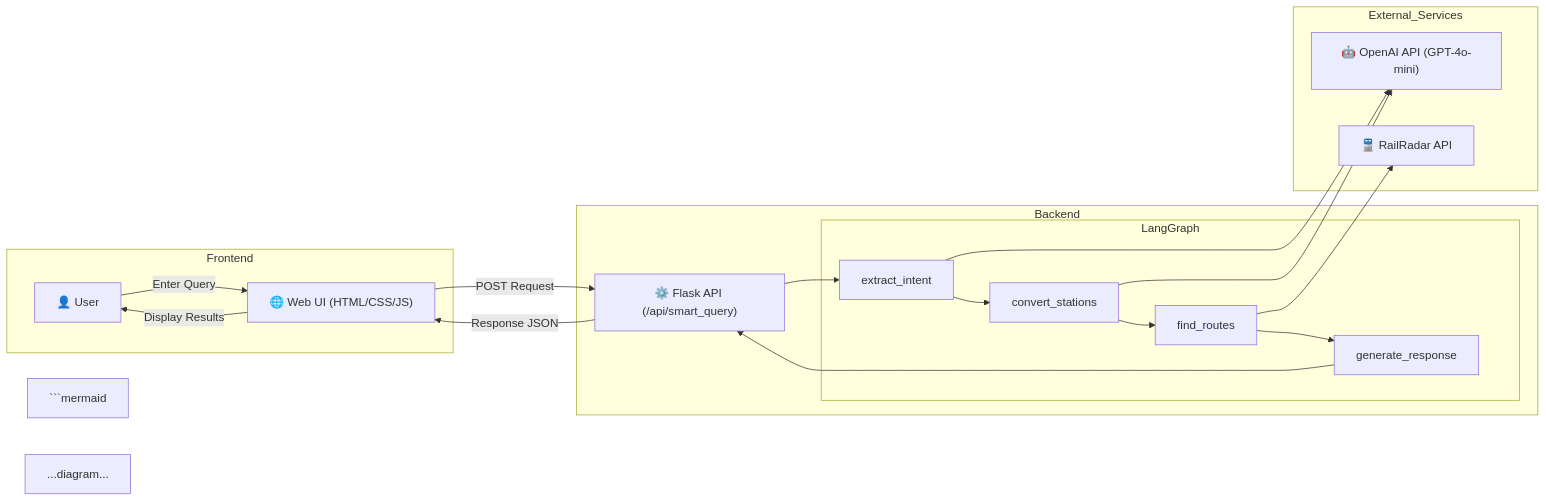
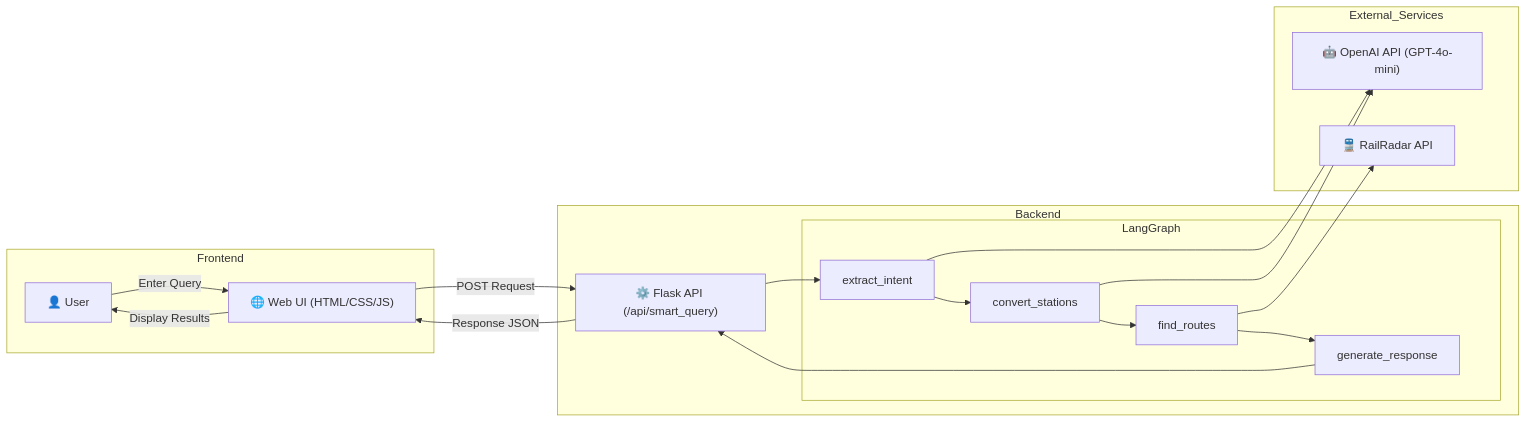
The second of 2 diagrams in Langgraph/README.md (sushmitha10500/AI_Train_Tracker), drawn with Mermaid before and after one commit.

Commit message:
Clean up README by removing duplicates and unused code
Removed duplicate section header and unnecessary diagram code.

````diff
--- a/Langgraph/README.md
+++ b/Langgraph/README.md
@@ -224,48 +222,47 @@
 ```mermaid
 flowchart LR
 
 %% ===== FRONTEND =====
 subgraph Frontend
     U["👤 User"]
     UI["🌐 Web UI (HTML/CSS/JS)"]
 
     U -->|Enter Query| UI
 end
 
 %% ===== BACKEND =====
 subgraph Backend
     API["⚙️ Flask API (/api/smart_query)"]
 
     subgraph LangGraph
         A["extract_intent"]
         B["convert_stations"]
         C["find_routes"]
         D["generate_response"]
 
         A --> B
         B --> C
         C --> D
     end
 
     API --> A
     D --> API
 end
 
 %% ===== EXTERNAL SERVICES =====
 subgraph External_Services
     OAI["🤖 OpenAI API (GPT-4o-mini)"]
     RR["🚆 RailRadar API"]
 end
 
 %% ===== CONNECTIONS =====
 UI -->|POST Request| API
 API -->|Response JSON| UI
 UI -->|Display Results| U
 
 A --> OAI
 B --> OAI
 C --> RR
 
-```mermaid
-...diagram...
+
 ```
````
